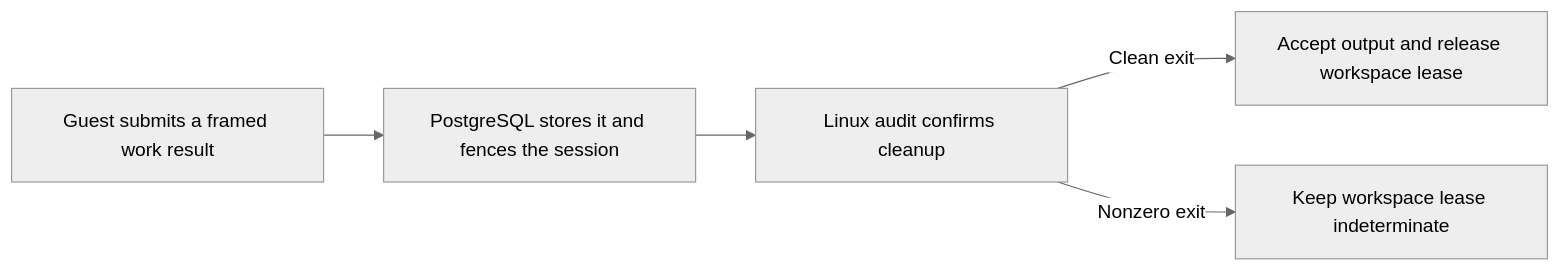
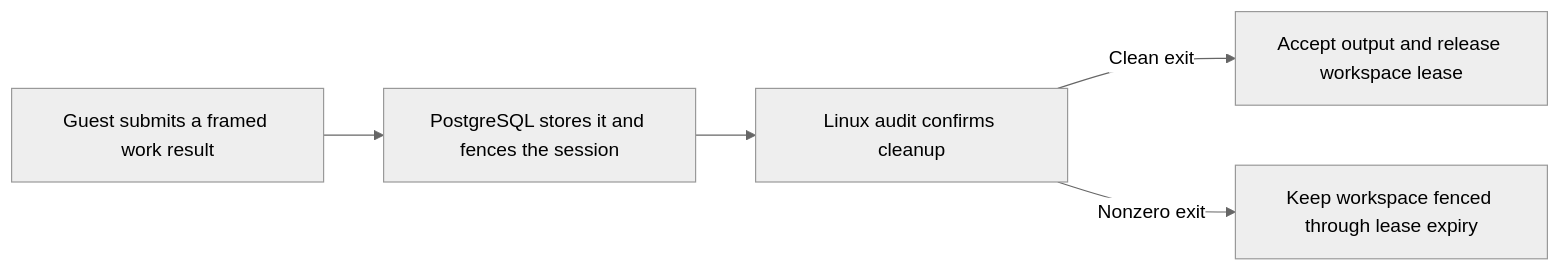
Before and after one commit to kieransimkin/potbot: the fifth of 5 diagrams in docs/implementation/38-operator-worker-qualification.md, drawn with Mermaid (neutral theme). The commit also changed other lines of this file and 3 other files, not shown here.

Commit message:
Verify the retained context lease before and after expiry

````diff
--- a/docs/implementation/38-operator-worker-qualification.md
+++ b/docs/implementation/38-operator-worker-qualification.md
@@ -134,7 +135,7 @@
 ```mermaid
 flowchart LR
     R[Guest submits a framed work result] --> D[PostgreSQL stores it and fences the session]
     D --> A[Linux audit confirms cleanup]
     A -->|Clean exit| C[Accept output and release workspace lease]
-    A -->|Nonzero exit| F[Keep workspace lease indeterminate]
+    A -->|Nonzero exit| F[Keep workspace fenced through lease expiry]
 ```
````
